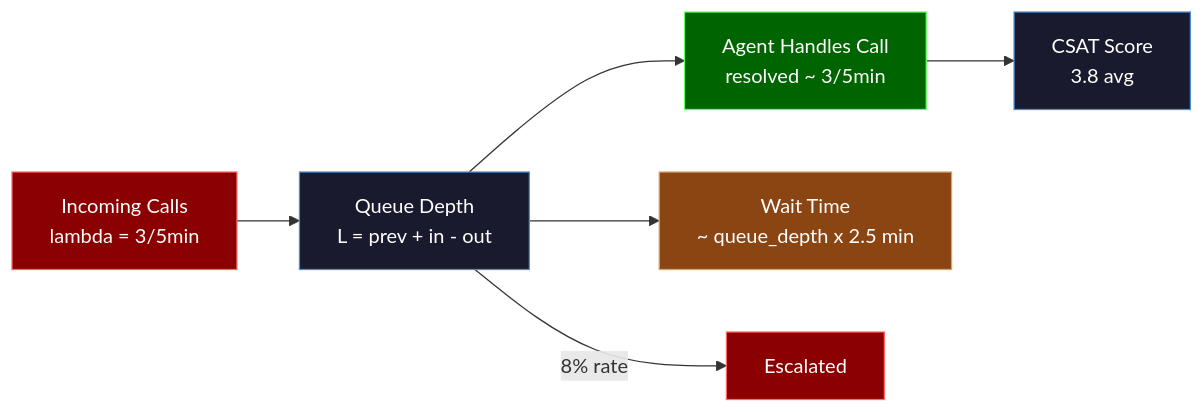
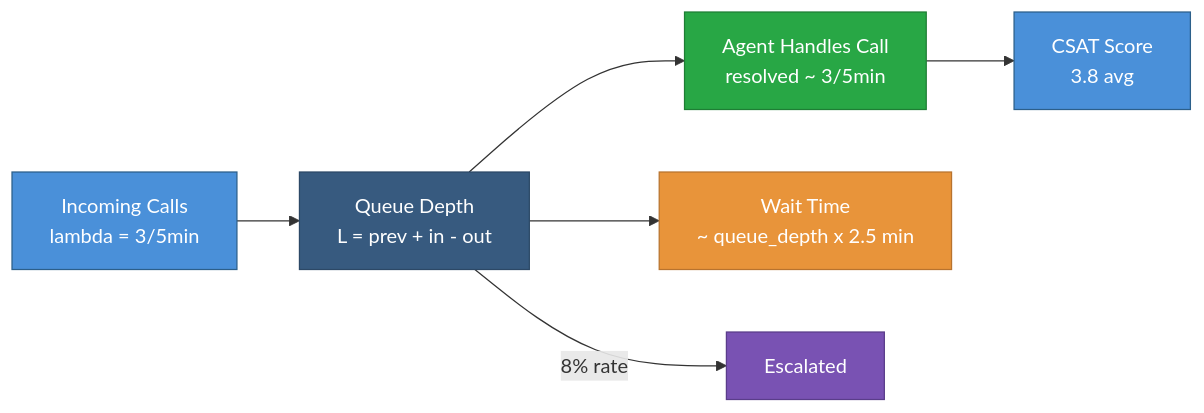
One commit to henryodibi11/Odibi changed the first of 4 diagrams in docs/simulation/patterns/business_it.md. Above: the diagram before and after it, drawn with Mermaid. The commit also changed other lines of this file and 7 other files, not shown here.

First line of the commit message:
Fix mermaid diagram colors for readability across all 26 diagrams

````diff
--- a/docs/simulation/patterns/business_it.md
+++ b/docs/simulation/patterns/business_it.md
@@ -204,15 +204,15 @@
 ```mermaid
 flowchart LR
     A["Incoming Calls\nlambda = 3/5min"] --> B["Queue Depth\nL = prev + in - out"]
     B --> C["Agent Handles Call\nresolved ~ 3/5min"]
     C --> D["CSAT Score\n3.8 avg"]
     B --> E["Wait Time\n~ queue_depth x 2.5 min"]
     B -->|"8% rate"| F["Escalated"]
 
-    style A fill:#8B0000,stroke:#ff6666,color:#ffffff
-    style B fill:#1a1a2e,stroke:#4a90d9,color:#ffffff
-    style C fill:#006400,stroke:#66ff66,color:#ffffff
-    style D fill:#1a1a2e,stroke:#4a90d9,color:#ffffff
-    style E fill:#8B4513,stroke:#d4a574,color:#ffffff
-    style F fill:#8B0000,stroke:#ff6666,color:#ffffff
+    style A fill:#4a90d9,stroke:#2c5f8a,color:#ffffff
+    style B fill:#375a7f,stroke:#2c4866,color:#ffffff
+    style C fill:#28a745,stroke:#1e7e34,color:#ffffff
+    style D fill:#4a90d9,stroke:#2c5f8a,color:#ffffff
+    style E fill:#e8943a,stroke:#b8732e,color:#ffffff
+    style F fill:#7952b3,stroke:#5a3d8a,color:#ffffff
 ```
````
